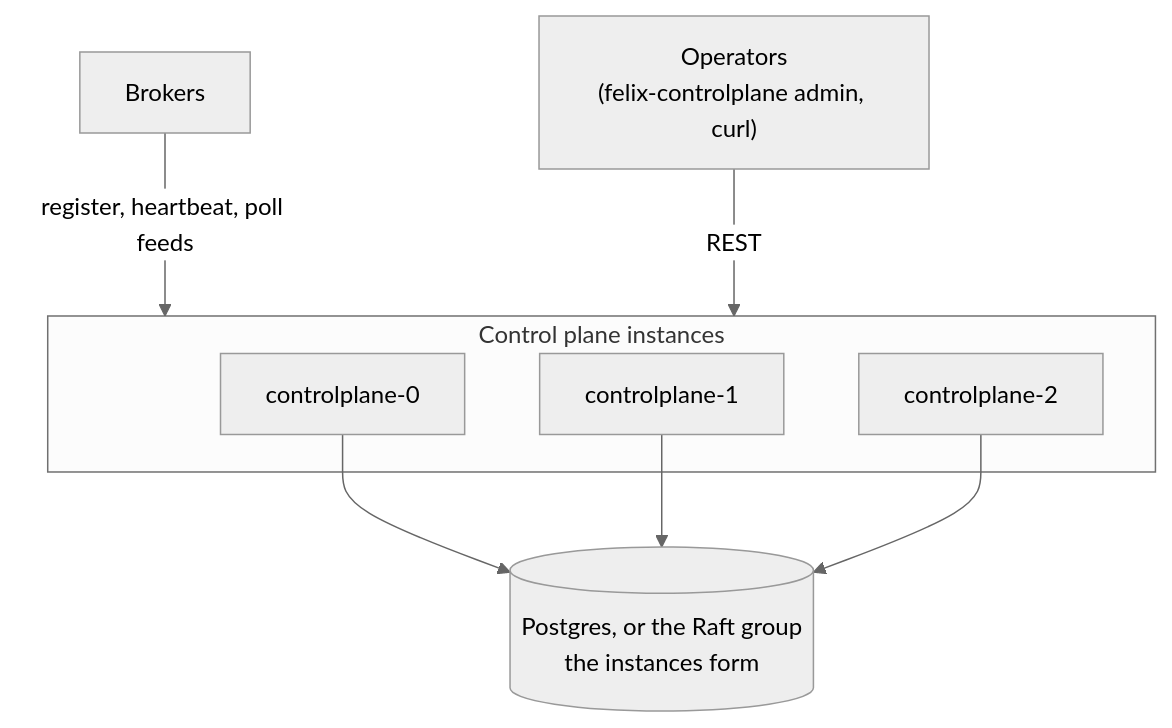
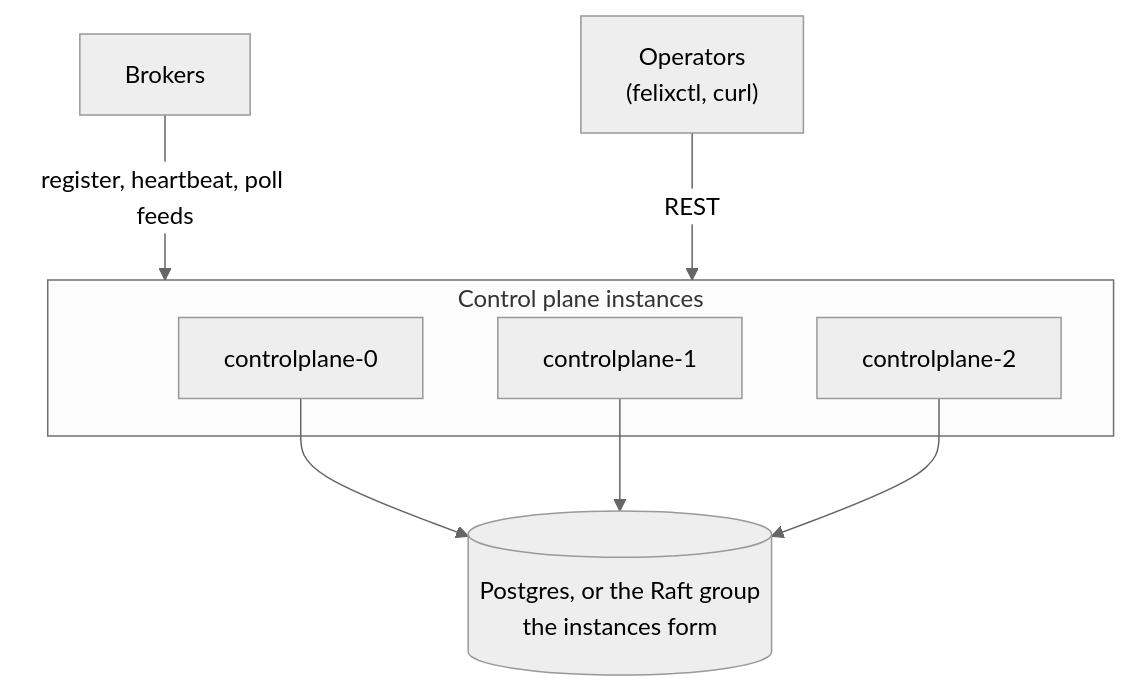
One commit to GetFelix/felix changed the diagram in docs-site/src/content/docs/api/control-plane-api.md. Above: the diagram before and after it, drawn with Mermaid (neutral theme). The commit also changed other lines of this file and 55 other files, not shown here.

First line of the commit message:
felixctl is the one operator CLI: move felix-controlplane admin into it and run the server tools through it

````diff
--- a/docs-site/src/content/docs/api/control-plane-api.md
+++ b/docs-site/src/content/docs/api/control-plane-api.md
@@ -711,17 +711,17 @@
 ```mermaid
 graph TB
     subgraph CP["Control plane instances"]
         CP1["controlplane-0"]
         CP2["controlplane-1"]
         CP3["controlplane-2"]
     end
     Store[("Postgres, or the Raft group<br/>the instances form")]
     Brokers["Brokers"]
-    Operators["Operators<br/>(felix-controlplane admin, curl)"]
+    Operators["Operators<br/>(felixctl, curl)"]
 
     CP1 --> Store
     CP2 --> Store
     CP3 --> Store
     Brokers -->|register, heartbeat, poll feeds| CP
     Operators -->|REST| CP
 ```
````
